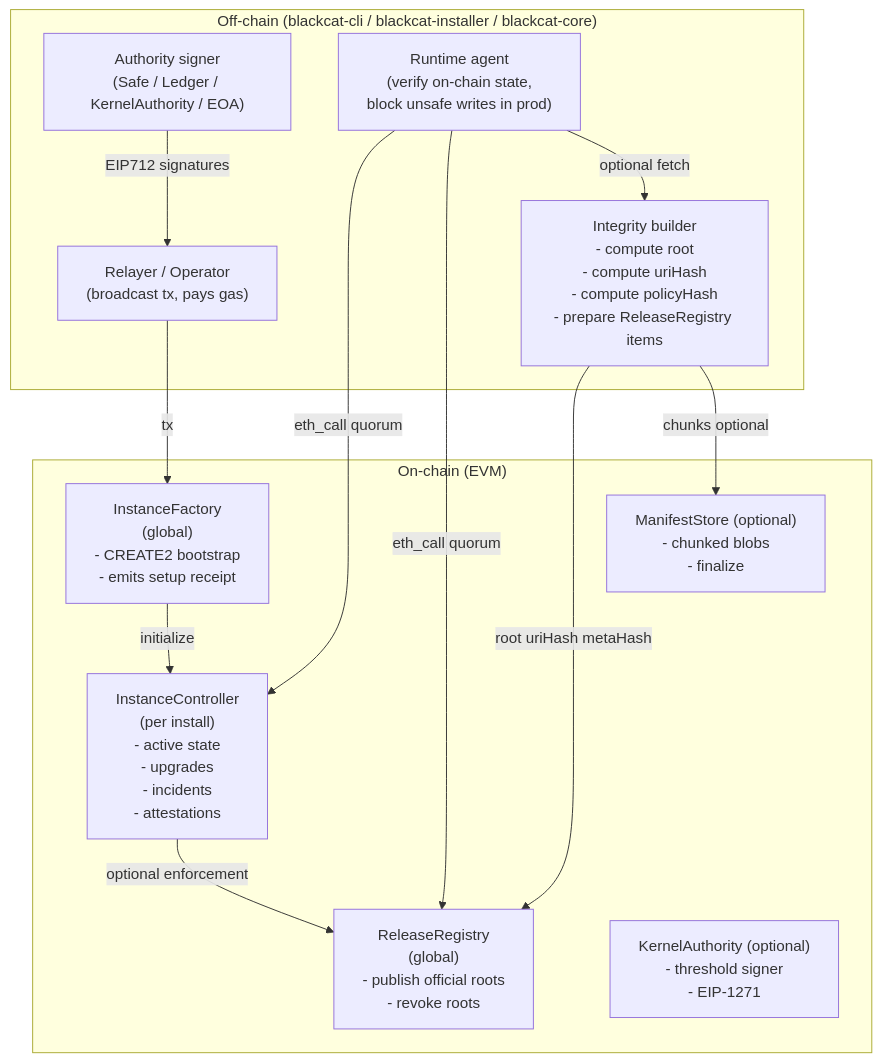
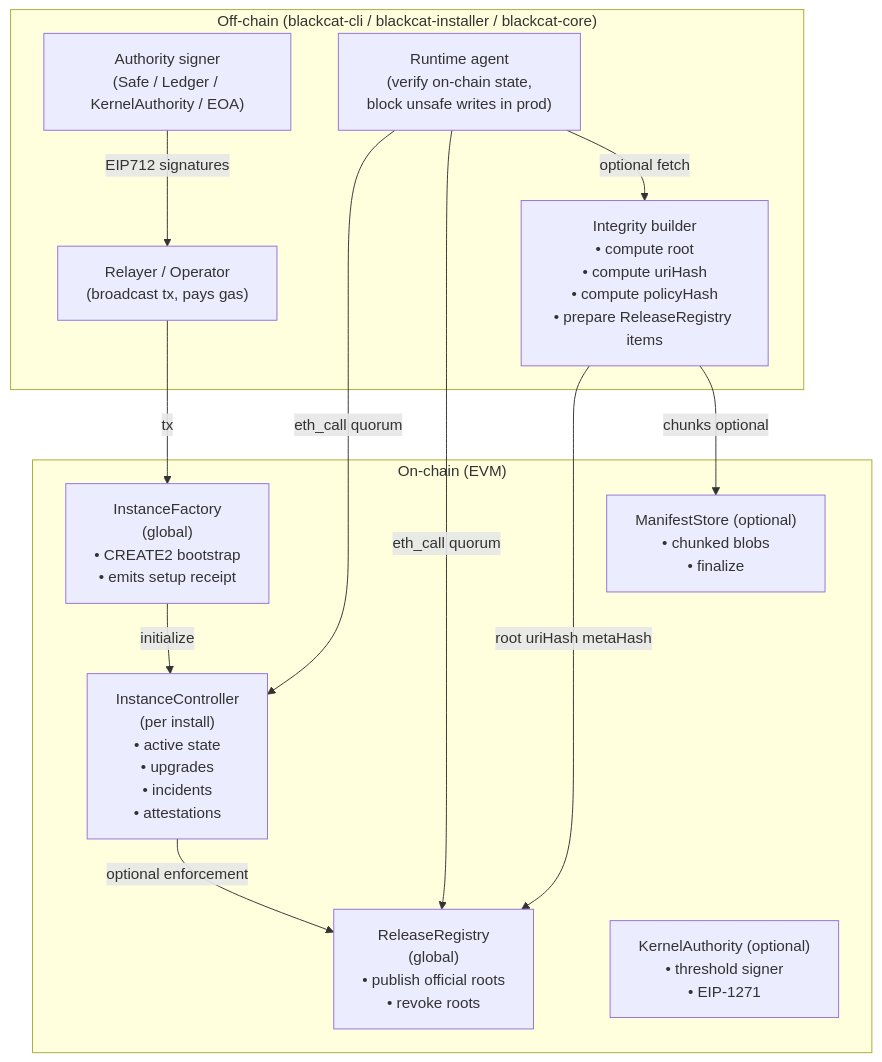
One commit to blackcatacademy/blackcat-kernel-contracts changed the first of 17 diagrams in docs/SECURITY_FLOWS.md. Above: the diagram before and after it, drawn with Mermaid. The commit also changed other lines of this file and 4 other files, not shown here.

Commit message:
docs: add test report + fix Mermaid labels

````diff
--- a/docs/SECURITY_FLOWS.md
+++ b/docs/SECURITY_FLOWS.md
@@ -14,31 +14,31 @@
 ```mermaid
 flowchart TB
   %% ===== Off-chain =====
   subgraph Offchain["Off-chain (blackcat-cli / blackcat-installer / blackcat-core)"]
-    Builder["Integrity builder\n- compute root\n- compute uriHash\n- compute policyHash\n- prepare ReleaseRegistry items"]
-    Signer["Authority signer\n(Safe / Ledger / KernelAuthority / EOA)"]
-    Relayer["Relayer / Operator\n(broadcast tx, pays gas)"]
-    Runtime["Runtime agent\n(verify on-chain state,\nblock unsafe writes in prod)"]
+    Builder["Integrity builder<br/>• compute root<br/>• compute uriHash<br/>• compute policyHash<br/>• prepare ReleaseRegistry items"]
+    Signer["Authority signer<br/>(Safe / Ledger / KernelAuthority / EOA)"]
+    Relayer["Relayer / Operator<br/>(broadcast tx, pays gas)"]
+    Runtime["Runtime agent<br/>(verify on-chain state,<br/>block unsafe writes in prod)"]
   end
 
   %% ===== On-chain =====
   subgraph Onchain["On-chain (EVM)"]
-    RR["ReleaseRegistry\n(global)\n- publish official roots\n- revoke roots"]
-    MS["ManifestStore (optional)\n- chunked blobs\n- finalize"]
-    IF["InstanceFactory\n(global)\n- CREATE2 bootstrap\n- emits setup receipt"]
-    IC["InstanceController\n(per install)\n- active state\n- upgrades\n- incidents\n- attestations"]
-    KA["KernelAuthority (optional)\n- threshold signer\n- EIP-1271"]
+    RR["ReleaseRegistry<br/>(global)<br/>• publish official roots<br/>• revoke roots"]
+    MS["ManifestStore (optional)<br/>• chunked blobs<br/>• finalize"]
+    IF["InstanceFactory<br/>(global)<br/>• CREATE2 bootstrap<br/>• emits setup receipt"]
+    IC["InstanceController<br/>(per install)<br/>• active state<br/>• upgrades<br/>• incidents<br/>• attestations"]
+    KA["KernelAuthority (optional)<br/>• threshold signer<br/>• EIP-1271"]
   end
 
   Builder -->|root uriHash metaHash| RR
   Builder -->|chunks optional| MS
 
   Signer -->|EIP712 signatures| Relayer
   Relayer -->|tx| IF
   IF -->|initialize| IC
   IC -->|optional enforcement| RR
 
   Runtime -->|eth_call quorum| IC
   Runtime -->|eth_call quorum| RR
   Runtime -->|optional fetch| Builder
 ```
````
